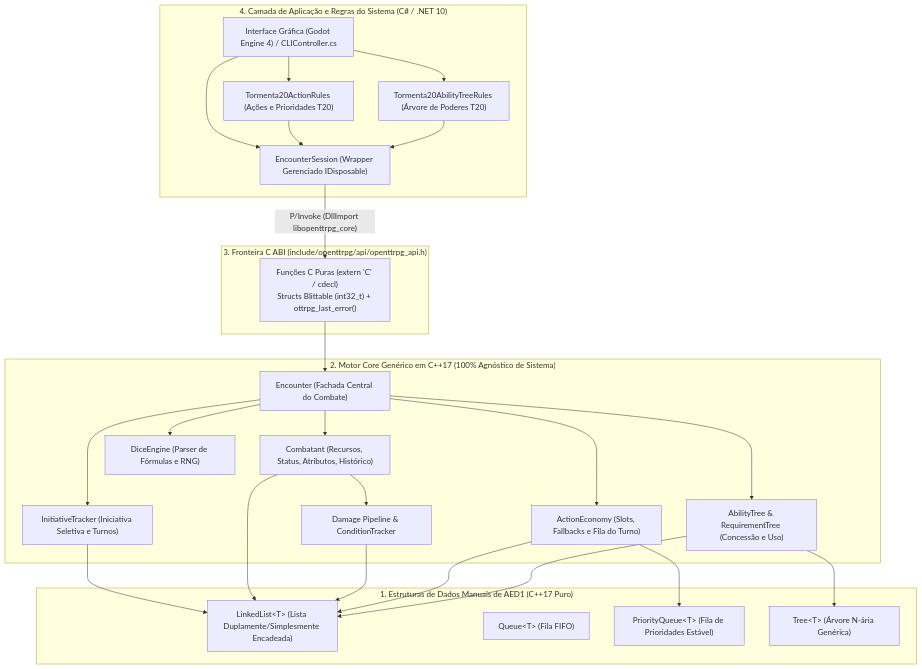
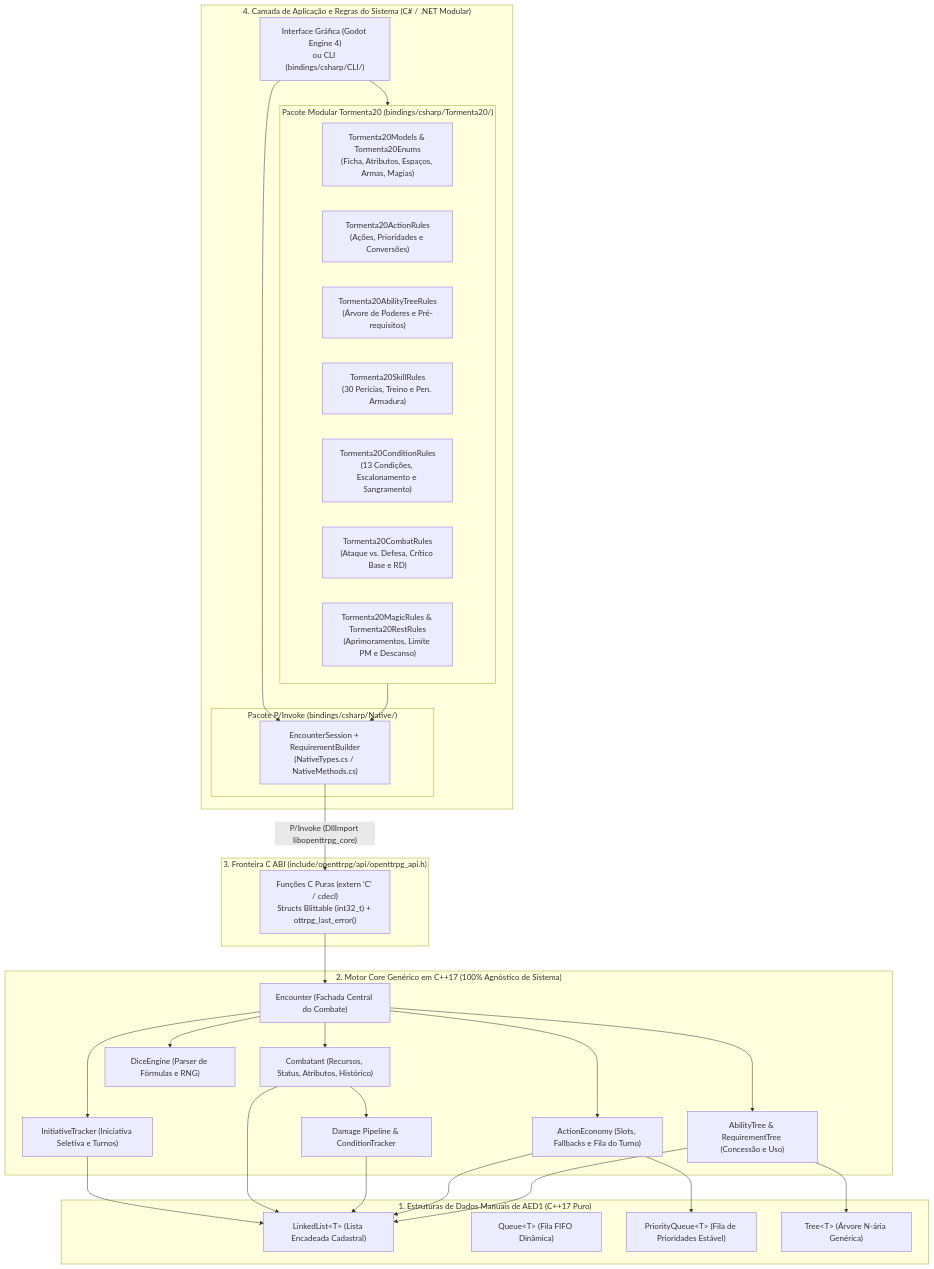
One commit to Iago3457/OpenTTRPG changed the first of 9 diagrams in docs/architecture.md. Above: the diagram before and after it, drawn with Mermaid. The commit also changed other lines of this file and 49 other files, not shown here.

Commit message:
feat: fiz um monte de coisa, incluindo refatorar o código para C#, condições, Resolução automatica de ataques vs defesa, limite de pm e etc. para saber o que já está implementado veja o To_Do_List.md

````diff
--- a/docs/architecture.md
+++ b/docs/architecture.md
@@ -11,53 +11,62 @@
 ```mermaid
 flowchart TD
-    subgraph Camada4 ["4. Camada de Aplicação e Regras do Sistema (C# / .NET 10)"]
-        UI["Interface Gráfica (Godot Engine 4) / CLIController.cs"]
-        T20Act["Tormenta20ActionRules (Ações e Prioridades T20)"]
-        T20Tree["Tormenta20AbilityTreeRules (Árvore de Poderes T20)"]
-        Session["EncounterSession (Wrapper Gerenciado IDisposable)"]
+    subgraph Camada4 ["4. Camada de Aplicação e Regras do Sistema (C# / .NET Modular)"]
+        UI["Interface Gráfica (Godot Engine 4)\nou CLI (bindings/csharp/CLI/)"]
+
+        subgraph T20Package ["Pacote Modular Tormenta20 (bindings/csharp/Tormenta20/)"]
+            T20Mod["Tormenta20Models & Tormenta20Enums\n(Ficha, Atributos, Espaços, Armas, Magias)"]
+            T20Act["Tormenta20ActionRules\n(Ações, Prioridades e Conversões)"]
+            T20Tree["Tormenta20AbilityTreeRules\n(Árvore de Poderes e Pré-requisitos)"]
+            T20Skill["Tormenta20SkillRules\n(30 Perícias, Treino e Pen. Armadura)"]
+            T20Cond["Tormenta20ConditionRules\n(13 Condições, Escalonamento e Sangramento)"]
+            T20Comb["Tormenta20CombatRules\n(Ataque vs. Defesa, Crítico Base e RD)"]
+            T20Mag["Tormenta20MagicRules & Tormenta20RestRules\n(Aprimoramentos, Limite PM e Descanso)"]
+        end
+
+        subgraph NativePkg ["Pacote P/Invoke (bindings/csharp/Native/)"]
+            Session["EncounterSession + RequirementBuilder\n(NativeTypes.cs / NativeMethods.cs)"]
+        end
     end
 
     subgraph Camada3 ["3. Fronteira C ABI (include/openttrpg/api/openttrpg_api.h)"]
         CABI["Funções C Puras (extern 'C' / cdecl)\nStructs Blittable (int32_t) + ottrpg_last_error()"]
     end
 
     subgraph Camada2 ["2. Motor Core Genérico em C++17 (100% Agnóstico de Sistema)"]
         Enc["Encounter (Fachada Central do Combate)"]
         Init["InitiativeTracker (Iniciativa Seletiva e Turnos)"]
         ActEcon["ActionEconomy (Slots, Fallbacks e Fila do Turno)"]
         AbTree["AbilityTree & RequirementTree (Concessão e Uso)"]
         Comb["Combatant (Recursos, Status, Atributos, Histórico)"]
         DmgCond["Damage Pipeline & ConditionTracker"]
         Dice["DiceEngine (Parser de Fórmulas e RNG)"]
     end
 
     subgraph Camada1 ["1. Estruturas de Dados Manuais de AED1 (C++17 Puro)"]
-        LL["LinkedList&lt;T&gt; (Lista Duplamente/Simplesmente Encadeada)"]
-        Q["Queue&lt;T&gt; (Fila FIFO)"]
+        LL["LinkedList&lt;T&gt; (Lista Encadeada Cadastral)"]
+        Q["Queue&lt;T&gt; (Fila FIFO Dinâmica)"]
         PQ["PriorityQueue&lt;T&gt; (Fila de Prioridades Estável)"]
         TR["Tree&lt;T&gt; (Árvore N-ária Genérica)"]
     end
 
-    UI --> T20Act
-    UI --> T20Tree
+    UI --> T20Package
     UI --> Session
-    T20Act --> Session
-    T20Tree --> Session
+    T20Package --> Session
     Session -- "P/Invoke (DllImport libopenttrpg_core)" --> CABI
     CABI --> Enc
 
     Enc --> Init
     Enc --> ActEcon
     Enc --> AbTree
     Enc --> Comb
     Enc --> Dice
     Comb --> DmgCond
 
     Init --> LL
     Comb --> LL
     DmgCond --> LL
     ActEcon --> PQ
     ActEcon --> LL
     AbTree --> TR
     AbTree --> LL
 ```
````
